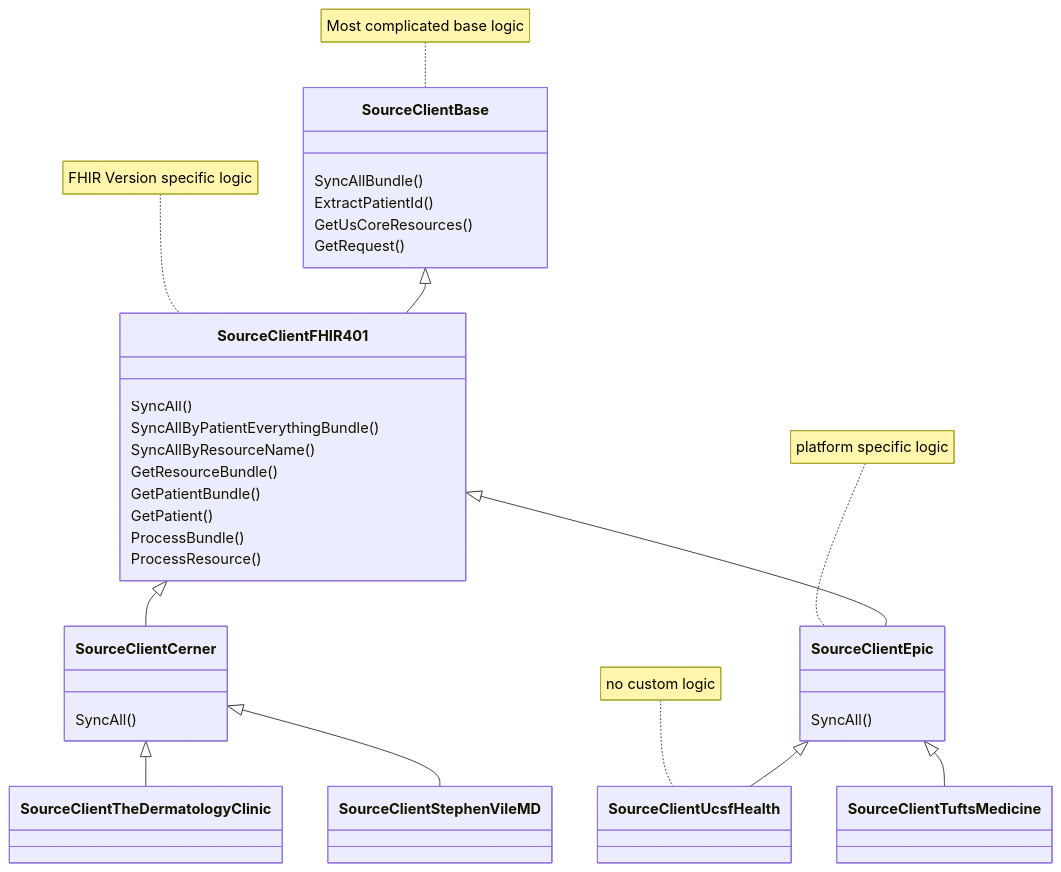
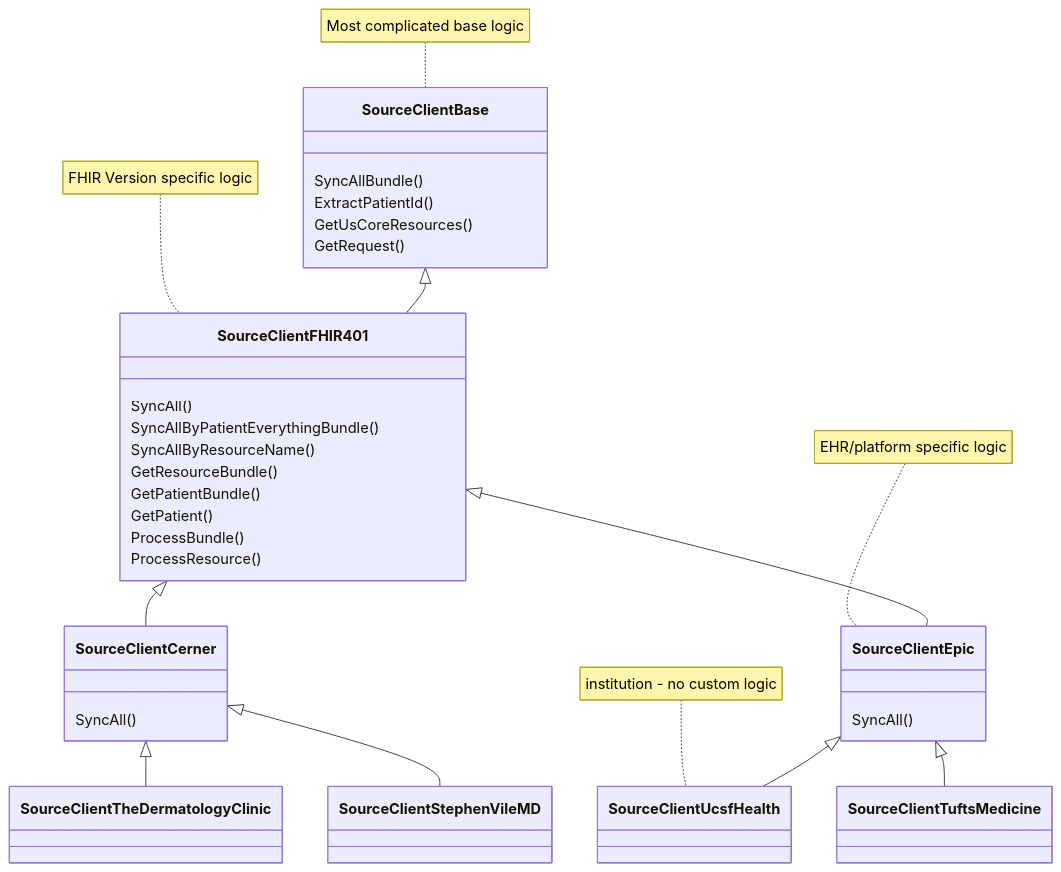
One commit to fastenhealth/fasten-sources changed the diagram in CONTRIBUTING.md. Above: the diagram before and after it, drawn with Mermaid. The commit also changed other lines of this file and 6 other files, not shown here.

````diff
--- a/CONTRIBUTING.md
+++ b/CONTRIBUTING.md
@@ -22,41 +111,41 @@
 ```mermaid
 classDiagram
     note for SourceClientBase "Most complicated base logic"
     SourceClientBase <|-- SourceClientFHIR401
     
     note for SourceClientFHIR401 "FHIR Version specific logic"
     SourceClientFHIR401 <|-- SourceClientCerner
     SourceClientFHIR401 <|-- SourceClientEpic
 
-    note for SourceClientEpic "platform specific logic"
+    note for SourceClientEpic "EHR/platform specific logic"
     SourceClientEpic <|-- SourceClientUcsfHealth
     SourceClientEpic <|-- SourceClientTuftsMedicine
 
-    note for SourceClientUcsfHealth "no custom logic"
+    note for SourceClientUcsfHealth "institution - no custom logic"
 
     SourceClientCerner <|-- SourceClientTheDermatologyClinic
     SourceClientCerner <|-- SourceClientStephenVileMD
     class SourceClientBase{
       SyncAllBundle()
       ExtractPatientId()
       GetUsCoreResources()
       GetRequest()
 
     }
     class SourceClientFHIR401{
       SyncAll()
       SyncAllByPatientEverythingBundle()
       SyncAllByResourceName()
       GetResourceBundle()
       GetPatientBundle()
       GetPatient()
       ProcessBundle()
       ProcessResource()
     }
     class SourceClientCerner{
       SyncAll()
     }
     class SourceClientEpic{
       SyncAll()
     }
 ```
````
